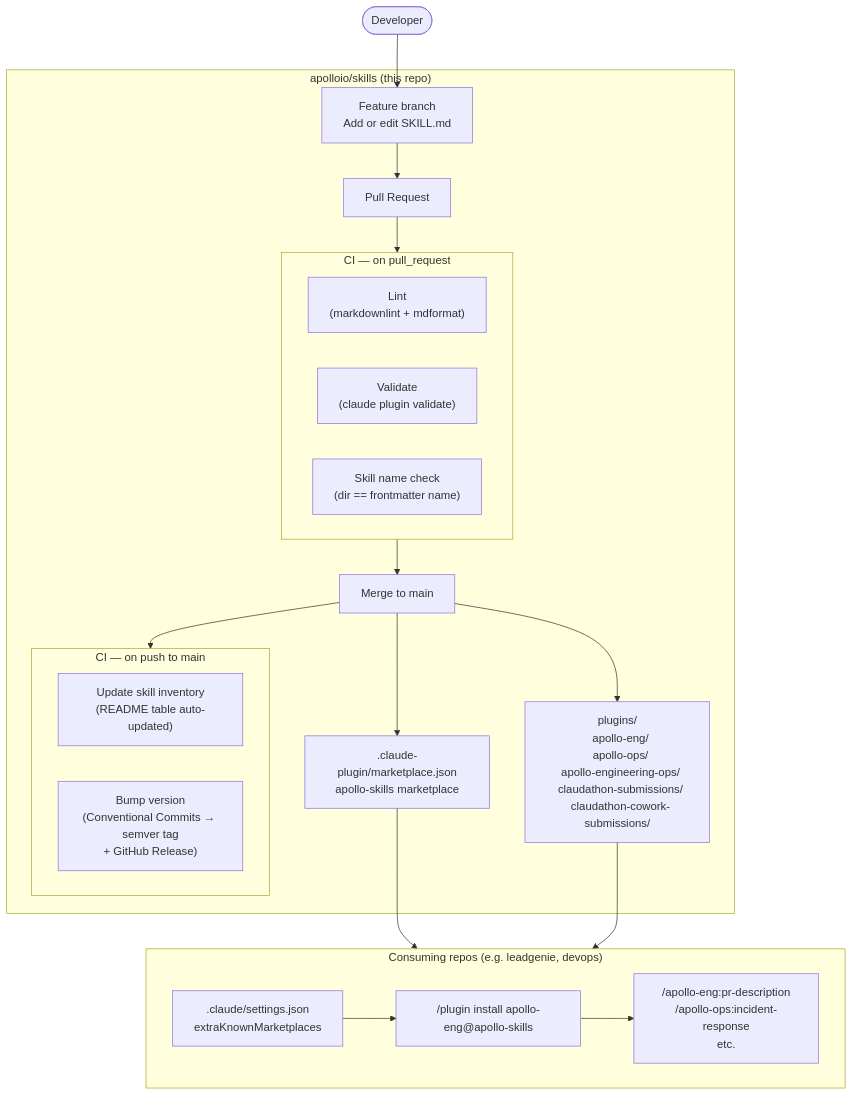
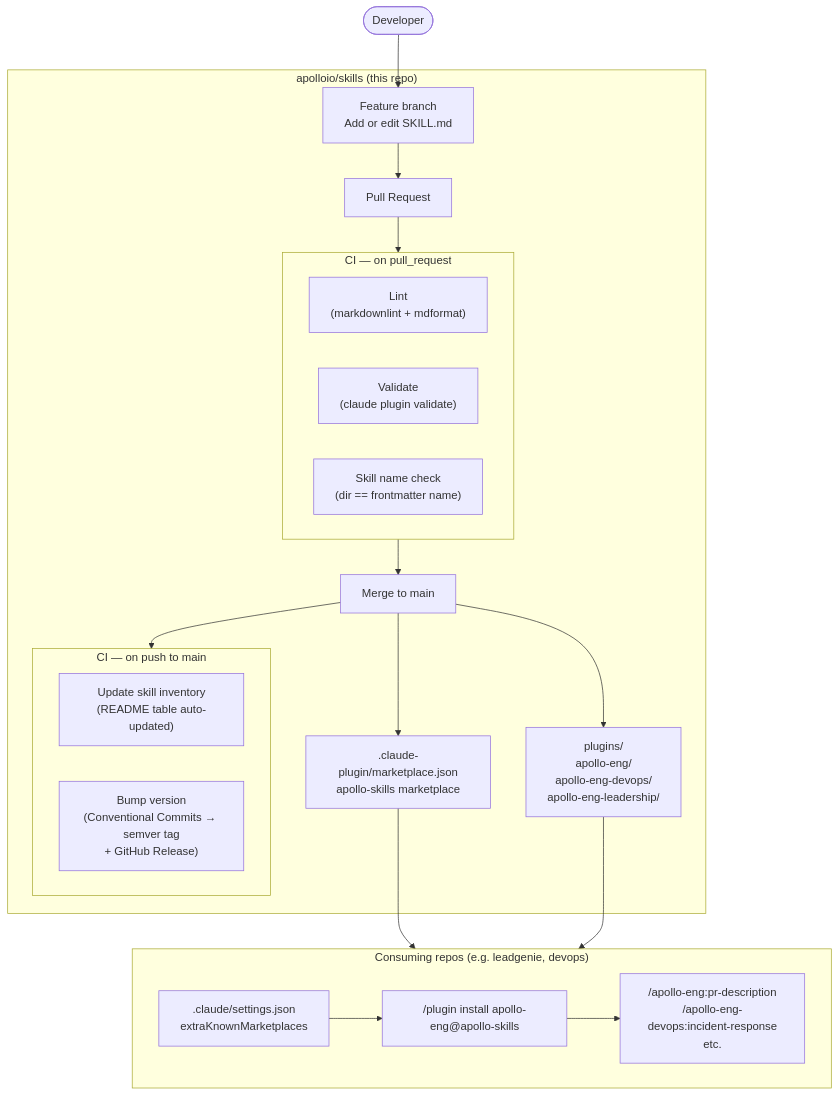
The diagram in README.md (adzuci/claude-plugins), drawn with Mermaid before and after one commit. The commit also changed other lines of this file and 36 other files, not shown here.

First line of the commit message:
feat: reorganize marketplace plugins and add leadership skills (#17)

````diff
--- a/README.md
+++ b/README.md
@@ -9,39 +213,39 @@
 ```mermaid
 flowchart TD
     dev([Developer])
 
     subgraph repo["apolloio/skills (this repo)"]
         branch["Feature branch\nAdd or edit SKILL.md"]
         pr["Pull Request"]
 
         subgraph ci_pr["CI — on pull_request"]
             lint["Lint\n(markdownlint + mdformat)"]
             validate["Validate\n(claude plugin validate)"]
             namecheck["Skill name check\n(dir == frontmatter name)"]
         end
 
         merge["Merge to main"]
 
         subgraph ci_main["CI — on push to main"]
             inventory["Update skill inventory\n(README table auto-updated)"]
             bump["Bump version\n(Conventional Commits → semver tag\n+ GitHub Release)"]
         end
 
         marketplace[".claude-plugin/marketplace.json\napollo-skills marketplace"]
-        plugins["plugins/\n  apollo-eng/\n  apollo-ops/\n  apollo-engineering-ops/\n  claudathon-submissions/\n  claudathon-cowork-submissions/"]
+        plugins["plugins/\n  apollo-eng/\n  apollo-eng-devops/\n  apollo-eng-leadership/"]
     end
 
     subgraph consumers["Consuming repos (e.g. leadgenie, devops)"]
         settings[".claude/settings.json\nextraKnownMarketplaces"]
         install["/plugin install apollo-eng@apollo-skills"]
-        skill["/apollo-eng:pr-description\n/apollo-ops:incident-response\netc."]
+        skill["/apollo-eng:pr-description\n/apollo-eng-devops:incident-response\netc."]
     end
 
     dev --> branch --> pr --> ci_pr
     ci_pr --> merge --> ci_main
     merge --> marketplace
     merge --> plugins
     marketplace --> consumers
     plugins --> consumers
     settings --> install --> skill
 ```
````
